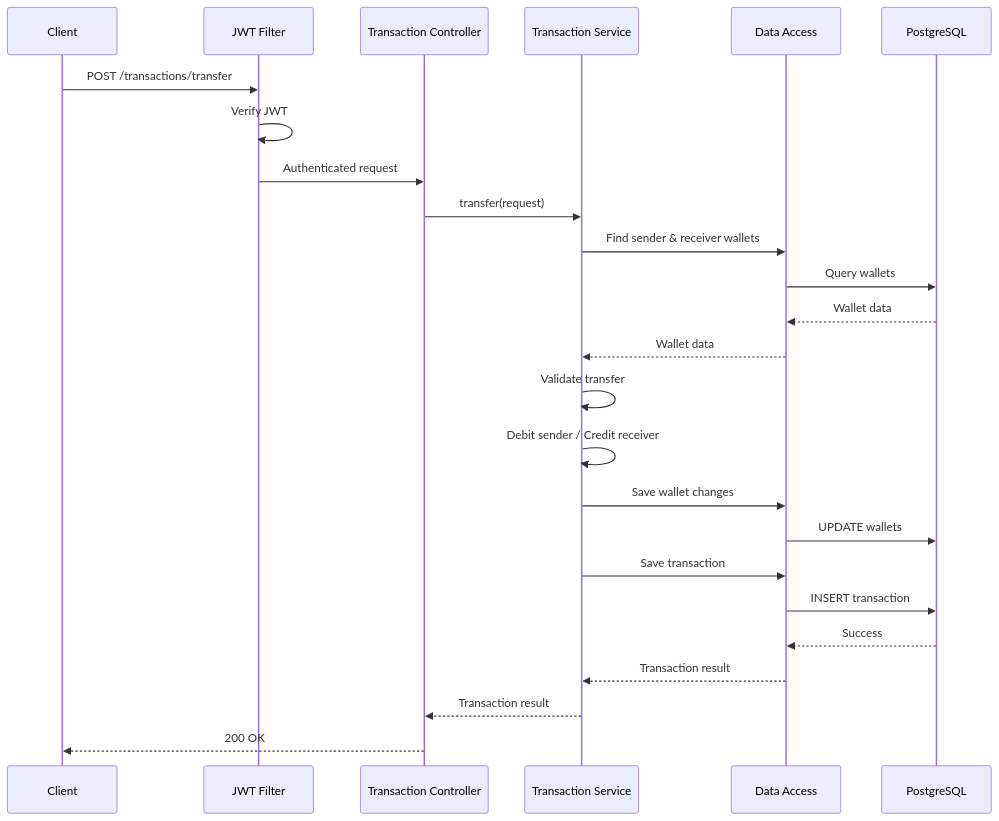
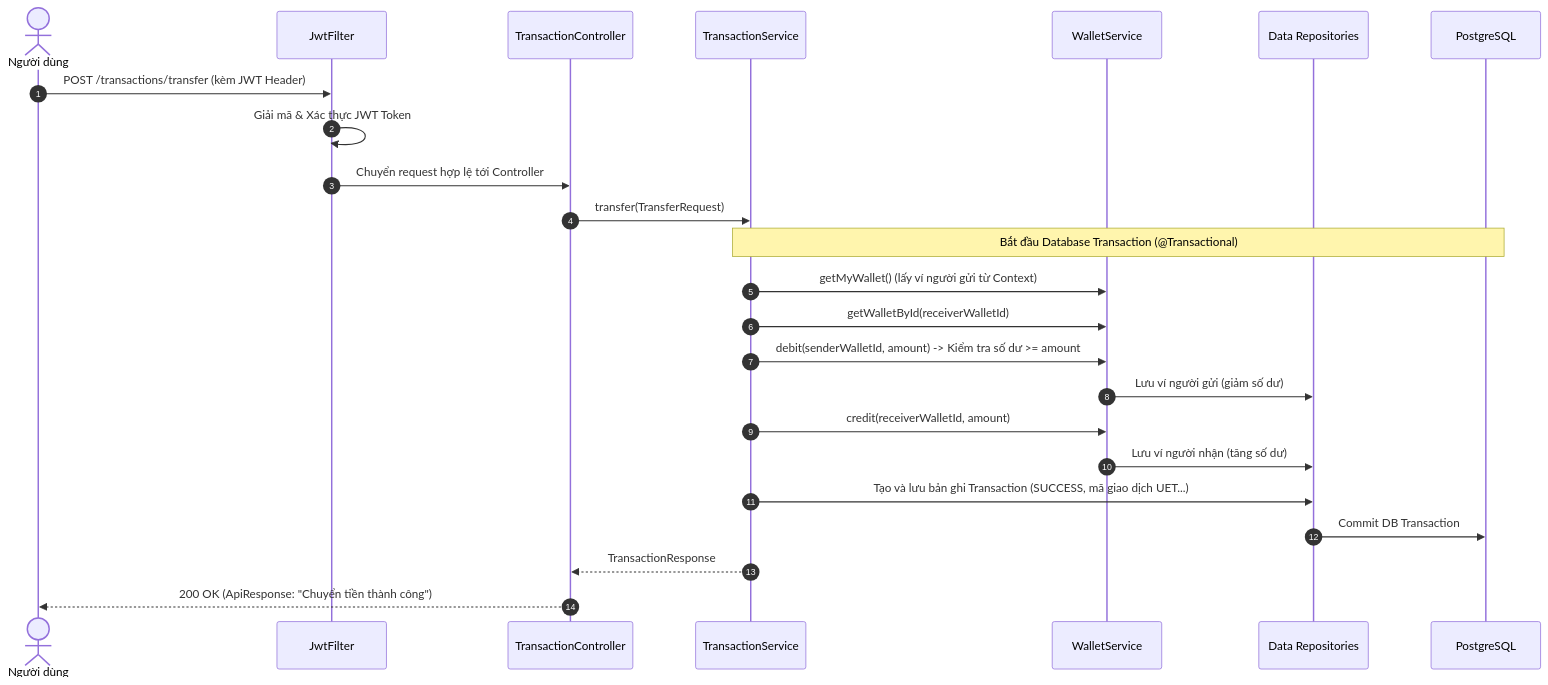
One commit to meoluoi3/E-wallet changed the second of 4 diagrams in README.md. Above: the diagram before and after it, drawn with Mermaid. The commit also changed other lines of this file and 2 other files, not shown here.

Commit message:
edit readme + api specification

````diff
--- a/README.md
+++ b/README.md
@@ -98,34 +107,29 @@
 ```mermaid
 sequenceDiagram
-    participant C as Client
-    participant S as JWT Filter
-    participant API as Transaction Controller
-    participant B as Transaction Service
-    participant D as Data Access
+    autonumber
+    actor Client as Người dùng
+    participant Filter as JwtFilter
+    participant Ctrl as TransactionController
+    participant Svc as TransactionService
+    participant WSvc as WalletService
+    participant Repo as Data Repositories
     participant DB as PostgreSQL
 
-    C->>S: POST /transactions/transfer
-    S->>S: Verify JWT
-    S->>API: Authenticated request
-
-    API->>B: transfer(request)
-
-    B->>D: Find sender & receiver wallets
-    D->>DB: Query wallets
-    DB-->>D: Wallet data
-    D-->>B: Wallet data
-
-    B->>B: Validate transfer
-    B->>B: Debit sender / Credit receiver
-
-    B->>D: Save wallet changes
-    D->>DB: UPDATE wallets
-
-    B->>D: Save transaction
-    D->>DB: INSERT transaction
-
-    DB-->>D: Success
-    D-->>B: Transaction result
-    B-->>API: Transaction result
-    API-->>C: 200 OK
+    Client->>Filter: POST /transactions/transfer (kèm JWT Header)
+    Filter->>Filter: Giải mã & Xác thực JWT Token
+    Filter->>Ctrl: Chuyển request hợp lệ tới Controller
+    Ctrl->>Svc: transfer(TransferRequest)
+    
+    Note over Svc,DB: Bắt đầu Database Transaction (@Transactional)
+    Svc->>WSvc: getMyWallet() (lấy ví người gửi từ Context)
+    Svc->>WSvc: getWalletById(receiverWalletId)
+    Svc->>WSvc: debit(senderWalletId, amount) -> Kiểm tra số dư >= amount
+    WSvc->>Repo: Lưu ví người gửi (giảm số dư)
+    Svc->>WSvc: credit(receiverWalletId, amount)
+    WSvc->>Repo: Lưu ví người nhận (tăng số dư)
+    Svc->>Repo: Tạo và lưu bản ghi Transaction (SUCCESS, mã giao dịch UET...)
+    Repo->>DB: Commit DB Transaction
+    
+    Svc-->>Ctrl: TransactionResponse
+    Ctrl-->>Client: 200 OK (ApiResponse: "Chuyển tiền thành công")
 ```
````
